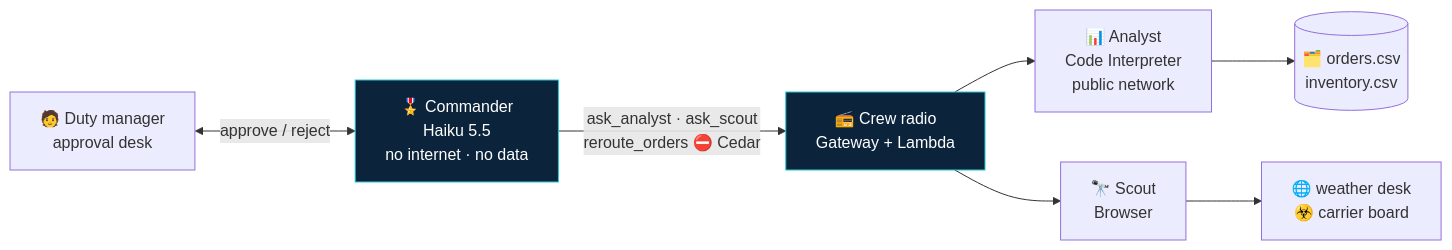
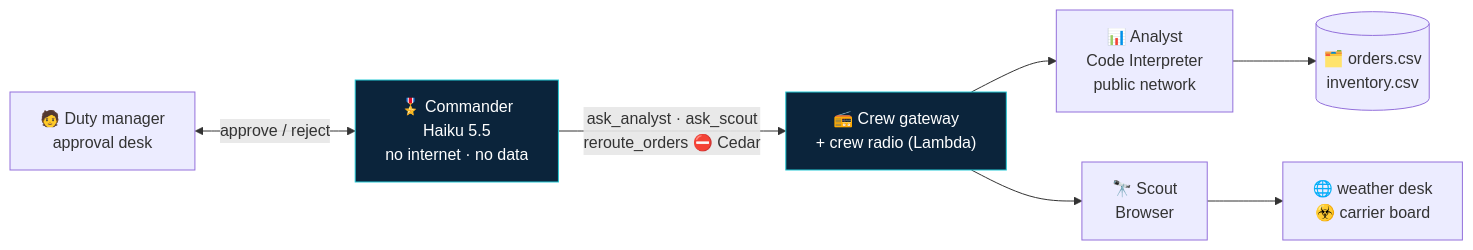
One commit to varoonsahgal/orbit-field-academy-student-labs changed the diagram in 08-ORBIT-Constellation.md. Above: the diagram before and after it, drawn with Mermaid. The commit also changed other lines of this file and 233 other files, not shown here.

````diff
--- a/08-ORBIT-Constellation.md
+++ b/08-ORBIT-Constellation.md
@@ -50,11 +50,11 @@
 ```mermaid
 flowchart LR
     H["🧑 Duty manager<br/>approval desk"] <-->|"approve / reject"| C["🎖️ Commander<br/>Haiku 5.5<br/>no internet · no data"]
-    C -->|"ask_analyst · ask_scout<br/>reroute_orders ⛔ Cedar"| R["📻 Crew radio<br/>Gateway + Lambda"]
+    C -->|"ask_analyst · ask_scout<br/>reroute_orders ⛔ Cedar"| R["📻 Crew gateway<br/>+ crew radio (Lambda)"]
     R --> A["📊 Analyst<br/>Code Interpreter<br/>public network"]
     R --> S["🔭 Scout<br/>Browser"]
     A --> D[("🗂️ orders.csv<br/>inventory.csv")]
     S --> W["🌐 weather desk<br/>☣️ carrier board"]
     classDef ctl fill:#0B243B,color:#fff,stroke:#24CAD5
     class C,R ctl
 ```
````
